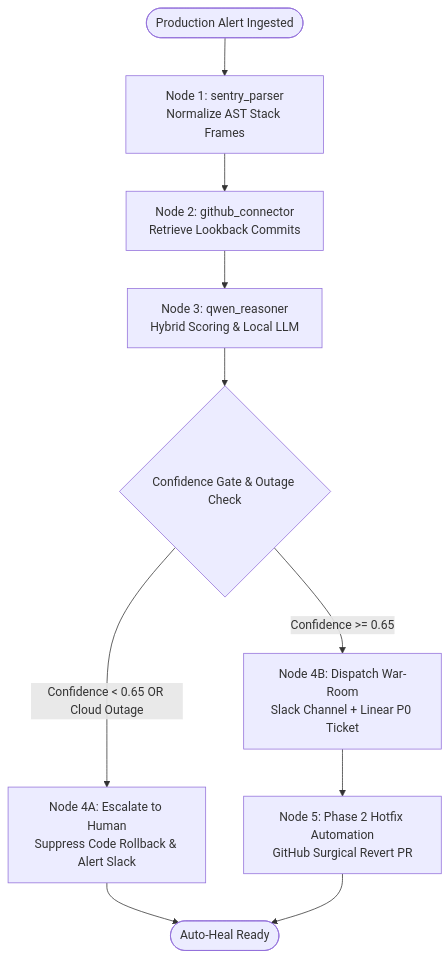
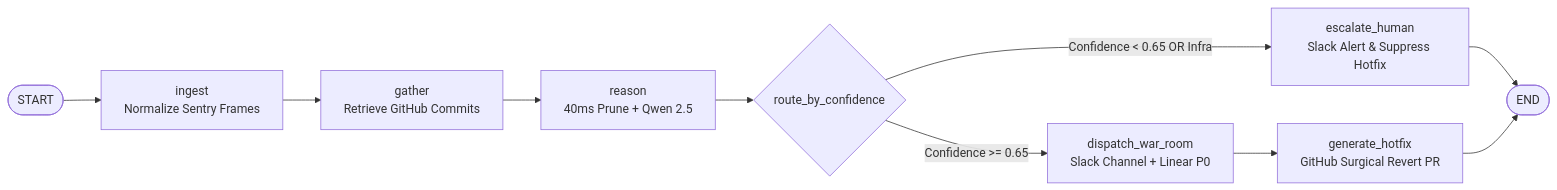
Before and after one commit to Pranav1632/multiagenthack1: the second of 2 diagrams in README.md, drawn with Mermaid. The commit also changed other lines of this file, not shown here.

````diff
--- a/README.md
+++ b/README.md
@@ -23,12 +610,12 @@
 ```mermaid
-graph TD
-    START([Production Alert Ingested]) --> Ingest[Node 1: sentry_parser<br>Normalize AST Stack Frames]
-    Ingest --> Gather[Node 2: github_connector<br>Retrieve Lookback Commits]
-    Gather --> Reason[Node 3: qwen_reasoner<br>Hybrid Scoring & Local LLM]
-    Reason --> Route{Confidence Gate & Outage Check}
-    Route -- Confidence < 0.65 OR Cloud Outage --> Escalate[Node 4A: Escalate to Human<br>Suppress Code Rollback & Alert Slack]
-    Route -- Confidence >= 0.65 --> Dispatch[Node 4B: Dispatch War-Room<br>Slack Channel + Linear P0 Ticket]
-    Dispatch --> Hotfix[Node 5: Phase 2 Hotfix Automation<br>GitHub Surgical Revert PR]
-    Escalate --> END([Incident Tracked])
-    Hotfix --> END([Auto-Heal Ready])
+graph LR
+    START([START]) --> Ingest[ingest<br>Normalize Sentry Frames]
+    Ingest --> Gather[gather<br>Retrieve GitHub Commits]
+    Gather --> Reason[reason<br>40ms Prune + Qwen 2.5]
+    Reason --> Conditional{route_by_confidence}
+    Conditional -- Confidence < 0.65 OR Infra --> Escalate[escalate_human<br>Slack Alert & Suppress Hotfix]
+    Conditional -- Confidence >= 0.65 --> Dispatch[dispatch_war_room<br>Slack Channel + Linear P0]
+    Dispatch --> Hotfix[generate_hotfix<br>GitHub Surgical Revert PR]
+    Escalate --> END([END])
+    Hotfix --> END([END])
 ```
````
